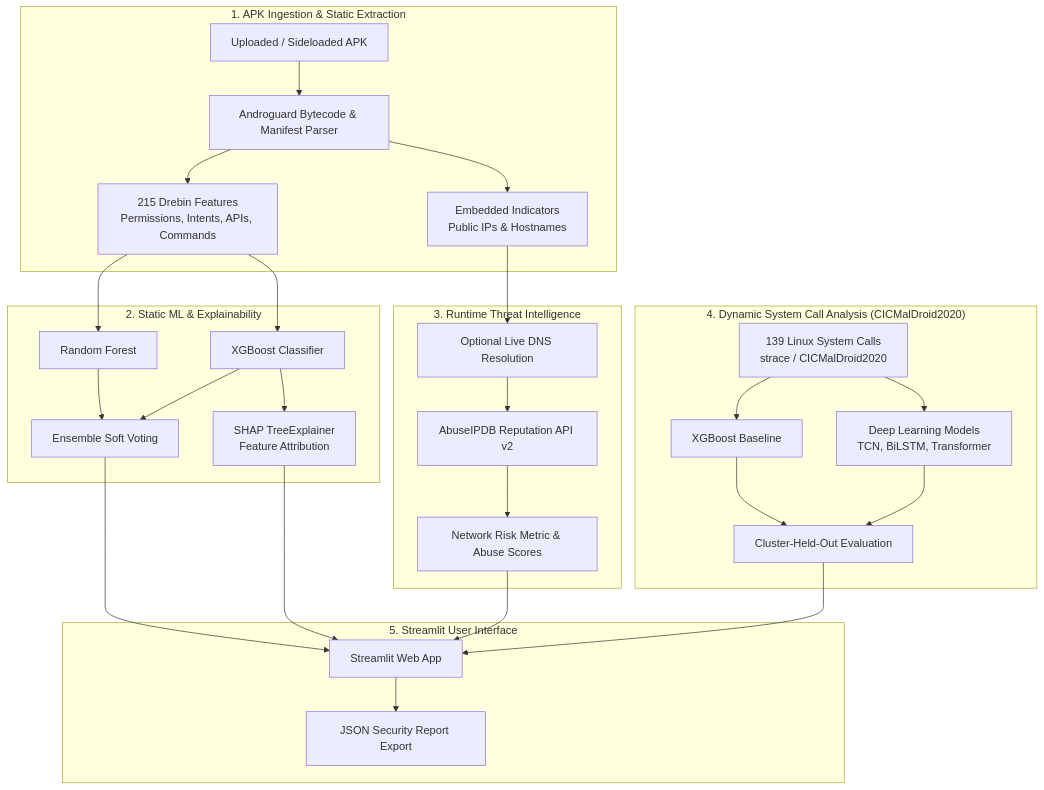
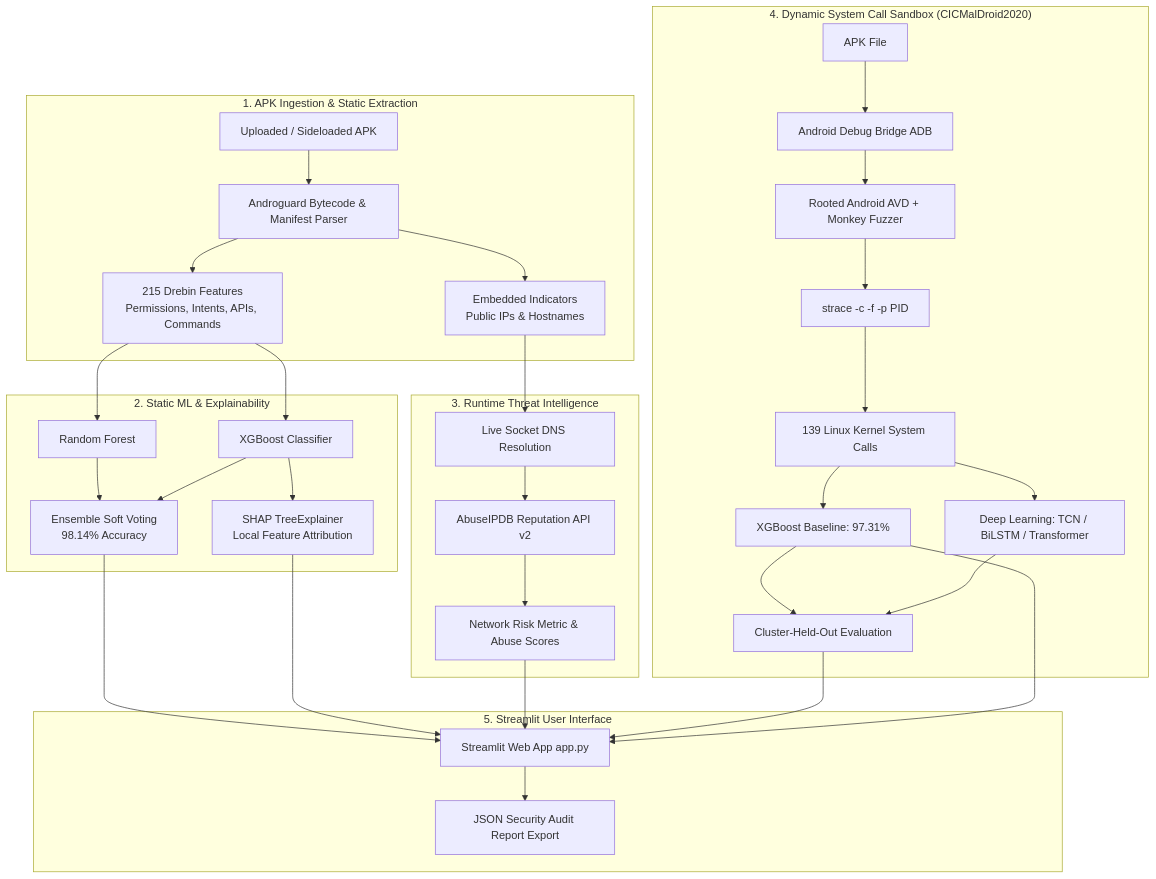
Before and after one commit to Sanjay006-28/cis: the diagram in README.md, drawn with Mermaid. The commit also changed other lines of this file and 4 other files, not shown here.

````diff
--- a/README.md
+++ b/README.md
@@ -21,35 +63,40 @@
 ```mermaid
 flowchart TD
     subgraph Ingestion["1. APK Ingestion & Static Extraction"]
         APK[Uploaded / Sideloaded APK] --> AG[Androguard Bytecode & Manifest Parser]
         AG --> Feat[215 Drebin Features\nPermissions, Intents, APIs, Commands]
         AG --> Net[Embedded Indicators\nPublic IPs & Hostnames]
     end
 
     subgraph StaticEngine["2. Static ML & Explainability"]
         Feat --> RF[Random Forest]
         Feat --> XGB[XGBoost Classifier]
-        RF & XGB --> Ensemble[Ensemble Soft Voting]
-        XGB --> SHAP[SHAP TreeExplainer\nFeature Attribution]
+        RF & XGB --> Ensemble[Ensemble Soft Voting\n98.14% Accuracy]
+        XGB --> SHAP[SHAP TreeExplainer\nLocal Feature Attribution]
     end
 
     subgraph ThreatIntel["3. Runtime Threat Intelligence"]
-        Net --> DNS[Optional Live DNS Resolution]
+        Net --> DNS[Live Socket DNS Resolution]
         DNS --> AbuseAPI[AbuseIPDB Reputation API v2]
         AbuseAPI --> NetRisk[Network Risk Metric & Abuse Scores]
     end
 
-    subgraph DynamicEngine["4. Dynamic System Call Analysis (CICMalDroid2020)"]
-        SysCalls[139 Linux System Calls\nstrace / CICMalDroid2020] --> DynXGB[XGBoost Baseline]
-        SysCalls --> DL[Deep Learning Models\nTCN, BiLSTM, Transformer]
+    subgraph DynamicEngine["4. Dynamic System Call Sandbox (CICMalDroid2020)"]
+        LiveAPK[APK File] --> ADB[Android Debug Bridge ADB]
+        ADB --> Emulator[Rooted Android AVD + Monkey Fuzzer]
+        Emulator --> Strace[strace -c -f -p PID]
+        Strace --> SysCalls[139 Linux Kernel System Calls]
+        SysCalls --> DynXGB[XGBoost Baseline: 97.31%]
+        SysCalls --> DL[Deep Learning: TCN / BiLSTM / Transformer]
         DynXGB & DL --> ClusterCV[Cluster-Held-Out Evaluation]
     end
 
     subgraph Dashboard["5. Streamlit User Interface"]
-        Ensemble --> UI[Streamlit Web App]
+        Ensemble --> UI[Streamlit Web App app.py]
         SHAP --> UI
         NetRisk --> UI
         ClusterCV --> UI
-        UI --> Export[JSON Security Report Export]
+        DynXGB --> UI
+        UI --> Export[JSON Security Audit Report Export]
     end
 ```
````
